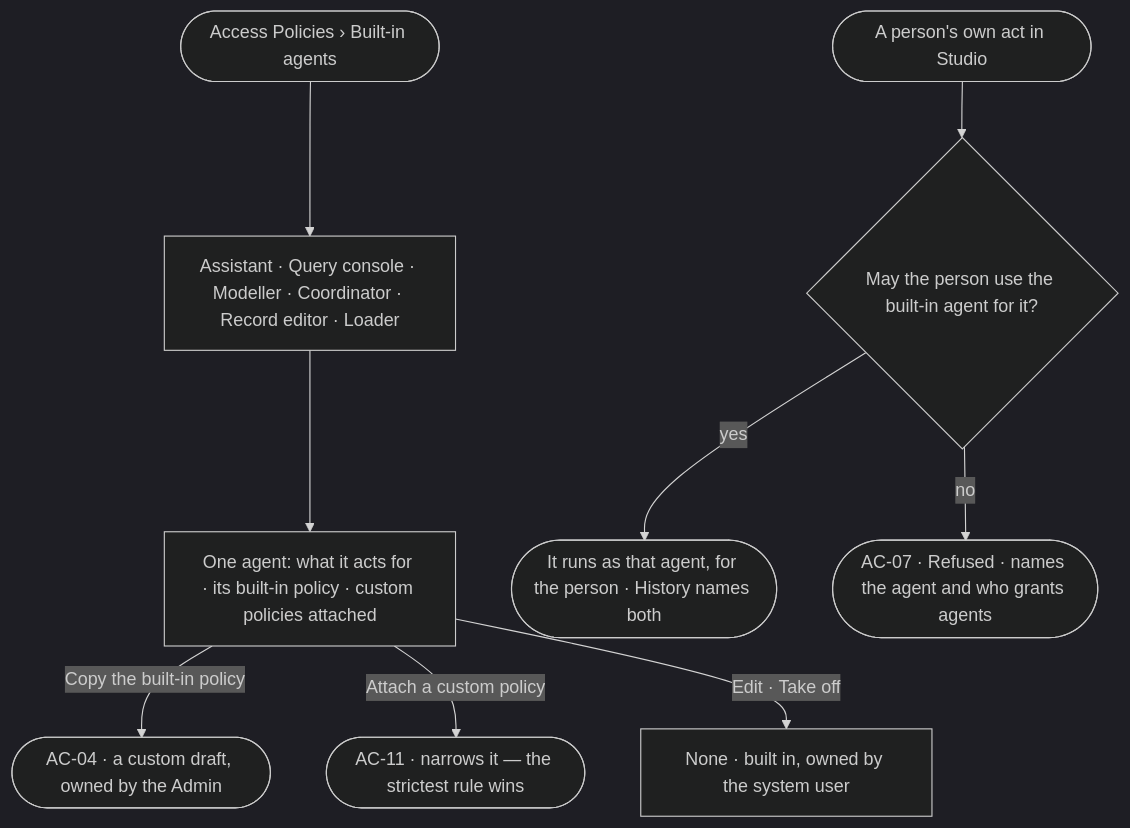
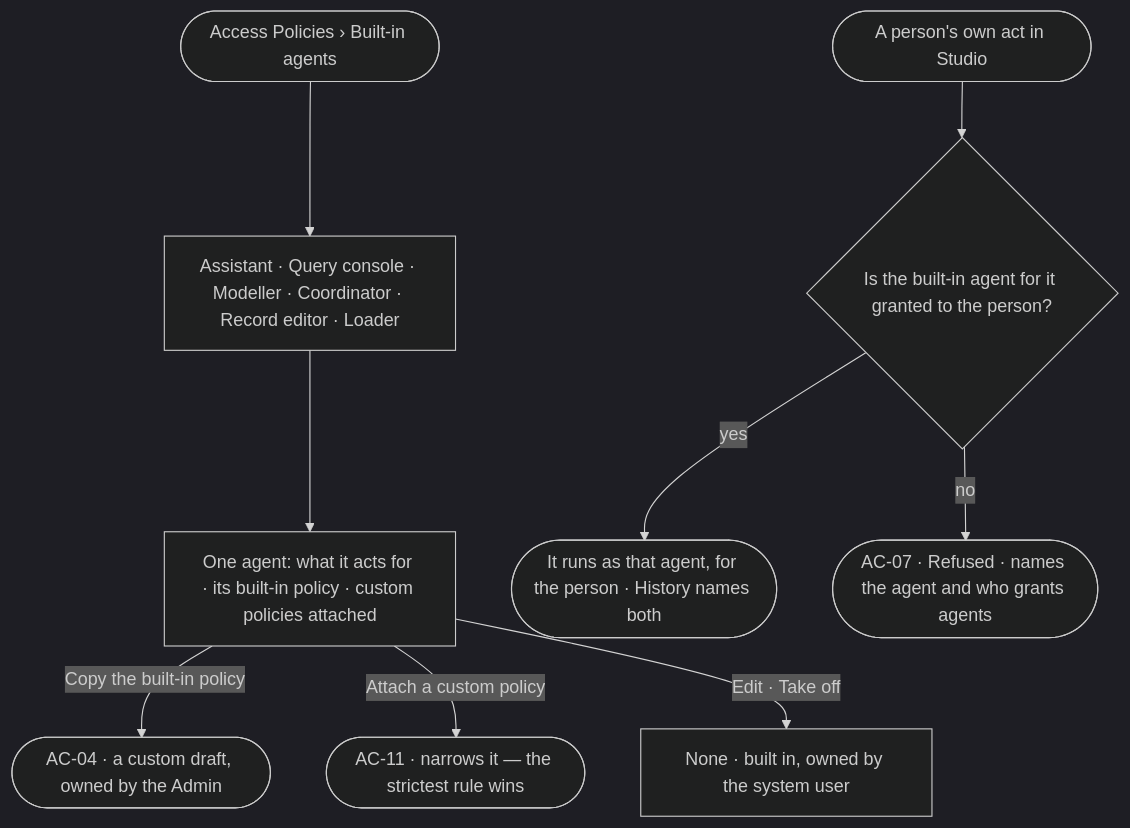
One commit to invana/invana changed the diagram in specs/os/access/features/AC-F02-access-policies/stories/AC-20-read-the-built-in-agents-and-the-policies-they-run-under/story.md. Above: the diagram before and after it, drawn with Mermaid (dark theme). The commit also changed other lines of this file and 300 other files, not shown here.

````diff
--- a/specs/os/access/features/AC-F02-access-policies/stories/AC-20-read-the-built-in-agents-and-the-policies-they-run-under/story.md
+++ b/specs/os/access/features/AC-F02-access-policies/stories/AC-20-read-the-built-in-agents-and-the-policies-they-run-under/story.md
@@ -26,11 +26,11 @@
 ```mermaid
 flowchart TD
   s([Access Policies › Built-in agents]) --> l["Assistant · Query console · Modeller · Coordinator · Record editor · Loader"]
   l --> a["One agent: what it acts for · its built-in policy · custom policies attached"]
   a -->|Copy the built-in policy| cp(["AC-04 · a custom draft, owned by the Admin"])
   a -->|Attach a custom policy| at(["AC-11 · narrows it — the strictest rule wins"])
   a -->|Edit · Take off| no["None · built in, owned by the system user"]
-  p([A person's own act in Studio]) --> b{"May the person use the built-in agent for it?"}
+  p([A person's own act in Studio]) --> b{"Is the built-in agent for it granted to the person?"}
   b -->|yes| run(["It runs as that agent, for the person · History names both"])
   b -->|no| ref(["AC-07 · Refused · names the agent and who grants agents"])
 ```
````
